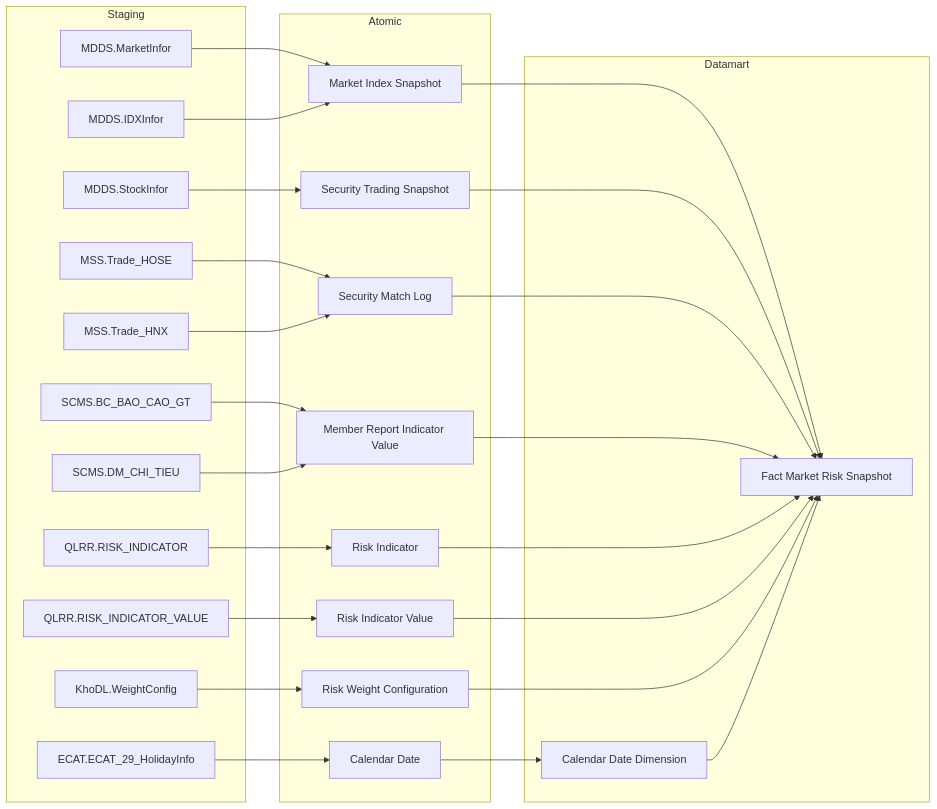
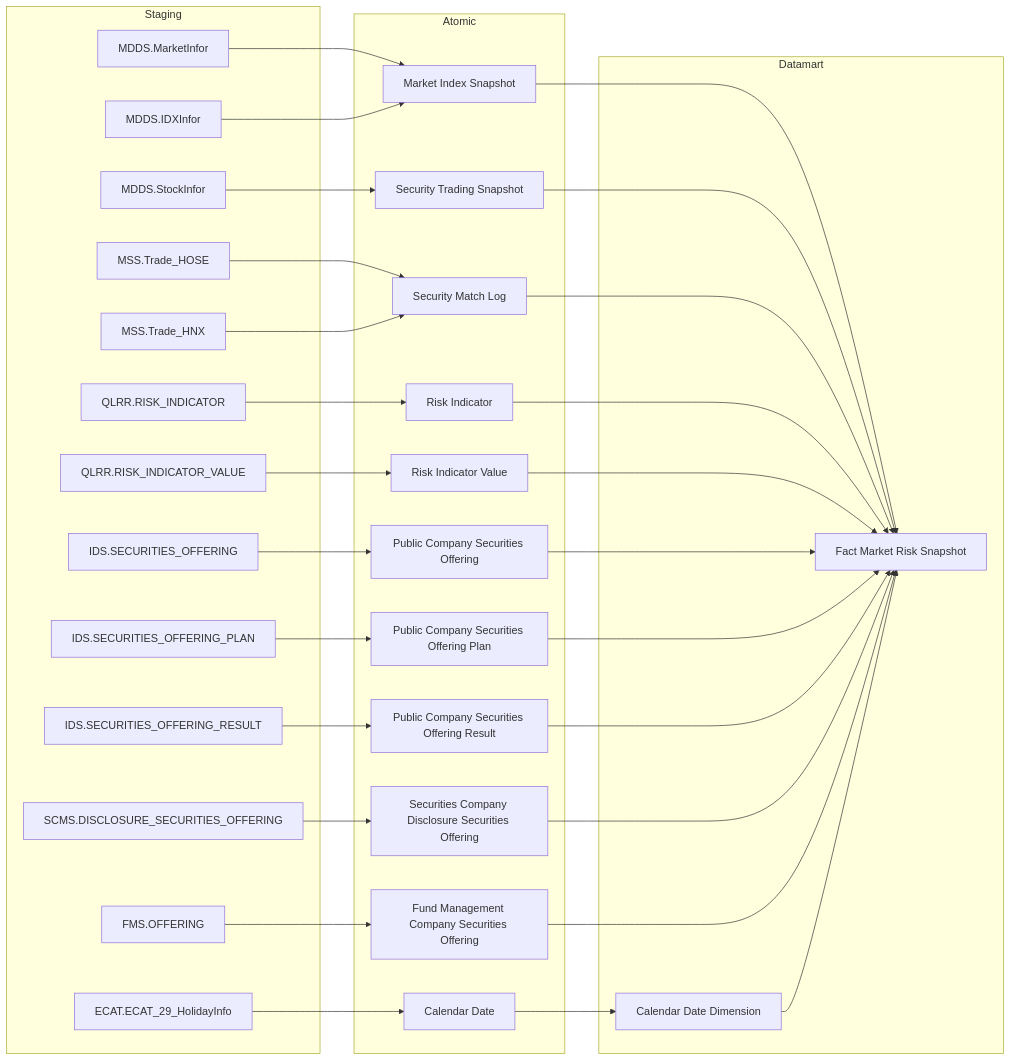
One commit to linhlvit/ubck_atomic_design changed the first of 54 diagrams in Datamart/hld/DTM_PTTT_HLD.md. Above: the diagram before and after it, drawn with Mermaid. The commit also changed other lines of this file and 5 other files, not shown here.

````diff
--- a/Datamart/hld/DTM_PTTT_HLD.md
+++ b/Datamart/hld/DTM_PTTT_HLD.md
@@ -9,50 +9,60 @@
 ```mermaid
 flowchart LR
     subgraph SRC["Staging"]
         MDDS_MarketInfor["MDDS.MarketInfor"]
         MDDS_StockInfor["MDDS.StockInfor"]
         MDDS_IDXInfor["MDDS.IDXInfor"]
         MSS_Trade_HOSE["MSS.Trade_HOSE"]
         MSS_Trade_HNX["MSS.Trade_HNX"]
-        SCMS_BC_BAO_CAO_GT["SCMS.BC_BAO_CAO_GT"]
-        SCMS_DM_CHI_TIEU["SCMS.DM_CHI_TIEU"]
         QLRR_RISK_INDICATOR["QLRR.RISK_INDICATOR"]
         QLRR_RISK_INDICATOR_VALUE["QLRR.RISK_INDICATOR_VALUE"]
-        KHO_DL_WeightConfig["KhoDL.WeightConfig"]
+        IDS_SECURITIES_OFFERING["IDS.SECURITIES_OFFERING"]
+        IDS_SECURITIES_OFFERING_PLAN["IDS.SECURITIES_OFFERING_PLAN"]
+        IDS_SECURITIES_OFFERING_RESULT["IDS.SECURITIES_OFFERING_RESULT"]
+        SCMS_DISCLOSURE_SECURITIES_OFFERING["SCMS.DISCLOSURE_SECURITIES_OFFERING"]
+        FMS_OFFERING["FMS.OFFERING"]
         ECAT_ECAT_29_HolidayInfo["ECAT.ECAT_29_HolidayInfo"]
     end
     subgraph SIL["Atomic"]
         Market_Index_Snapshot["Market Index Snapshot"]
         Security_Trading_Snapshot["Security Trading Snapshot"]
         Security_Match_Log["Security Match Log"]
         Risk_Indicator["Risk Indicator"]
         Risk_Indicator_Value["Risk Indicator Value"]
-        Member_Report_Indicator_Value["Member Report Indicator Value"]
-        Risk_Weight_Configuration["Risk Weight Configuration"]
+        Public_Company_Securities_Offering["Public Company Securities Offering"]
+        Public_Company_Securities_Offering_Plan["Public Company Securities Offering Plan"]
+        Public_Company_Securities_Offering_Result["Public Company Securities Offering Result"]
+        Securities_Company_Disclosure_Securities_Offering["Securities Company Disclosure Securities Offering"]
+        Fund_Management_Company_Securities_Offering["Fund Management Company Securities Offering"]
         Calendar_Date["Calendar Date"]
     end
     subgraph GOLD["Datamart"]
         fct_mkt_rsk_snpst["Fact Market Risk Snapshot"]
         cdr_dt_dim["Calendar Date Dimension"]
     end
     MDDS_MarketInfor --> Market_Index_Snapshot
     MDDS_IDXInfor --> Market_Index_Snapshot
     MDDS_StockInfor --> Security_Trading_Snapshot
     MSS_Trade_HOSE --> Security_Match_Log
     MSS_Trade_HNX --> Security_Match_Log
-    SCMS_BC_BAO_CAO_GT --> Member_Report_Indicator_Value
-    SCMS_DM_CHI_TIEU --> Member_Report_Indicator_Value
     QLRR_RISK_INDICATOR --> Risk_Indicator
     QLRR_RISK_INDICATOR_VALUE --> Risk_Indicator_Value
-    KHO_DL_WeightConfig --> Risk_Weight_Configuration
+    IDS_SECURITIES_OFFERING --> Public_Company_Securities_Offering
+    IDS_SECURITIES_OFFERING_PLAN --> Public_Company_Securities_Offering_Plan
+    IDS_SECURITIES_OFFERING_RESULT --> Public_Company_Securities_Offering_Result
+    SCMS_DISCLOSURE_SECURITIES_OFFERING --> Securities_Company_Disclosure_Securities_Offering
+    FMS_OFFERING --> Fund_Management_Company_Securities_Offering
     ECAT_ECAT_29_HolidayInfo --> Calendar_Date
     Market_Index_Snapshot --> fct_mkt_rsk_snpst
     Security_Trading_Snapshot --> fct_mkt_rsk_snpst
     Security_Match_Log --> fct_mkt_rsk_snpst
-    Member_Report_Indicator_Value --> fct_mkt_rsk_snpst
     Risk_Indicator --> fct_mkt_rsk_snpst
     Risk_Indicator_Value --> fct_mkt_rsk_snpst
-    Risk_Weight_Configuration --> fct_mkt_rsk_snpst
+    Public_Company_Securities_Offering --> fct_mkt_rsk_snpst
+    Public_Company_Securities_Offering_Plan --> fct_mkt_rsk_snpst
+    Public_Company_Securities_Offering_Result --> fct_mkt_rsk_snpst
+    Securities_Company_Disclosure_Securities_Offering --> fct_mkt_rsk_snpst
+    Fund_Management_Company_Securities_Offering --> fct_mkt_rsk_snpst
     Calendar_Date --> cdr_dt_dim
     cdr_dt_dim --> fct_mkt_rsk_snpst
 ```
````
